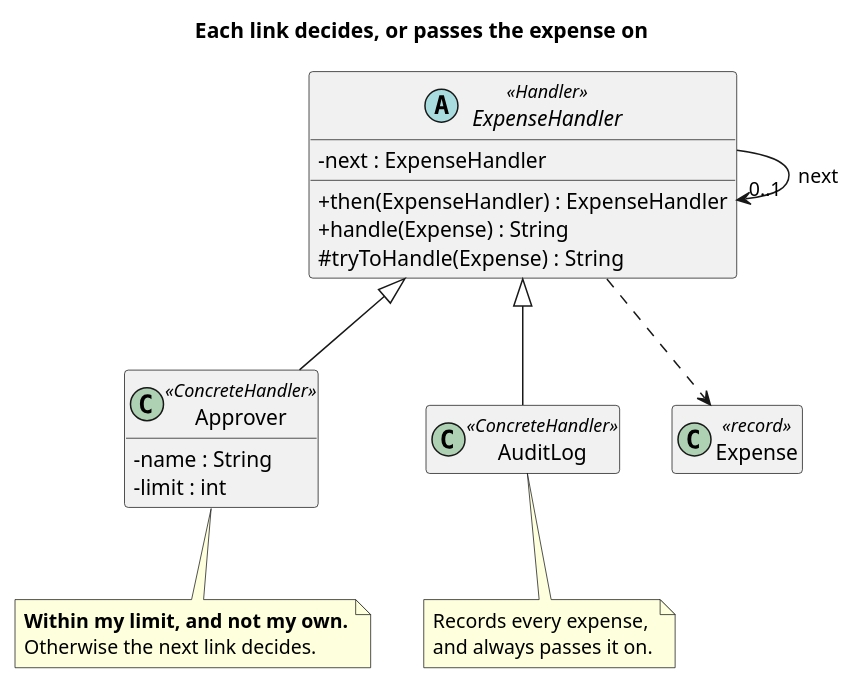
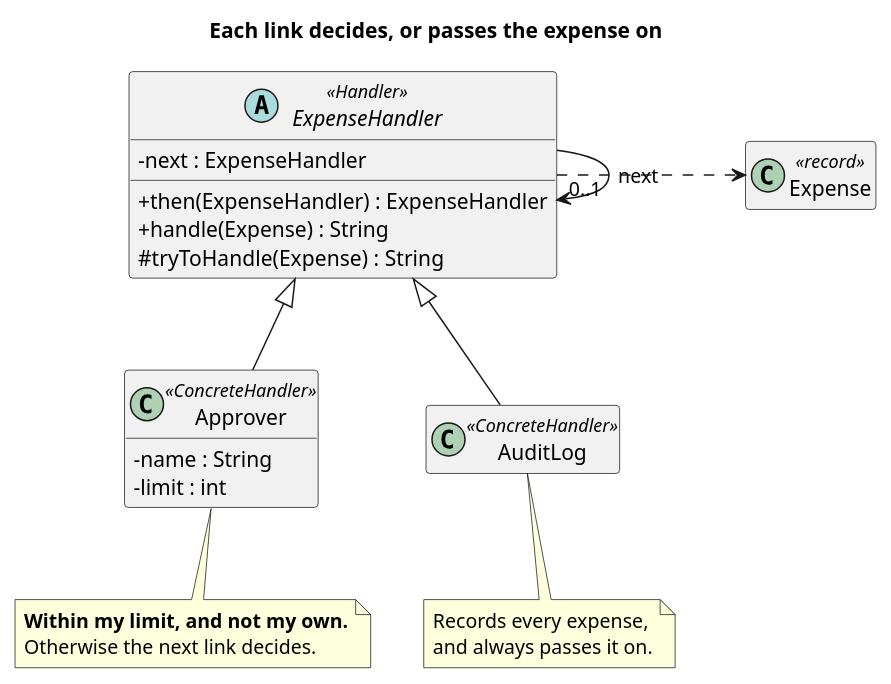
Before and after one commit to kaldiroglu/DesignPatternsWithJava: the diagram in src/main/java/dev/kaldiroglu/dp/behavioral/chainOfResponsibility/expense/uml/Chain of Responsibility - Expense (Solution) - Class Diagram.puml, drawn with PlantUML. The commit also changed 58 other files, not shown here.

Commit message:
Behavioral diagrams: each parent above and centered over its children, on one row, with straight lines; traffic CD.png shows the current design

```diff
--- a/src/main/java/dev/kaldiroglu/dp/behavioral/chainOfResponsibility/expense/uml/Chain of Responsibility - Expense (Solution) - Class Diagram.puml
+++ b/src/main/java/dev/kaldiroglu/dp/behavioral/chainOfResponsibility/expense/uml/Chain of Responsibility - Expense (Solution) - Class Diagram.puml
@@ -1,29 +1,30 @@
 @startuml "Chain of Responsibility - Expense (Solution) - Class Diagram"
+skinparam linetype polyline
 skinparam classAttributeIconSize 0
 hide empty members
 title Each link decides, or passes the expense on
 abstract class ExpenseHandler <<Handler>> {
   - next : ExpenseHandler
   + then(ExpenseHandler) : ExpenseHandler
   + handle(Expense) : String
   # tryToHandle(Expense) : String
 }
 class Approver <<ConcreteHandler>> {
   - name : String
   - limit : int
 }
 class AuditLog <<ConcreteHandler>>
 class Expense <<record>>
 ExpenseHandler <|-- Approver
 ExpenseHandler <|-- AuditLog
-ExpenseHandler --> "0..1" ExpenseHandler : next
-ExpenseHandler ..> Expense
 note bottom of Approver
   <b>Within my limit, and not my own.</b>
   Otherwise the next link decides.
 end note
 note bottom of AuditLog
   Records every expense,
   and always passes it on.
 end note
+ExpenseHandler -[norank]-> "0..1" ExpenseHandler : next
+ExpenseHandler .[norank].> Expense
 @enduml
```
